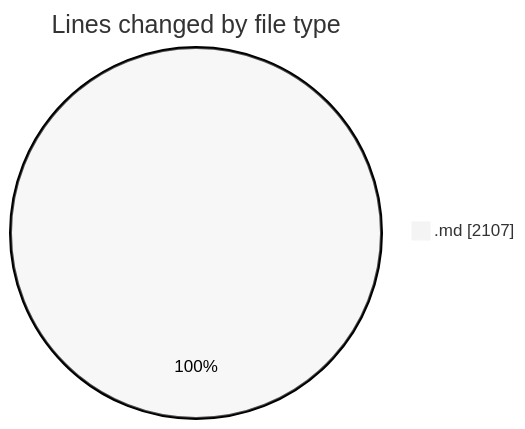
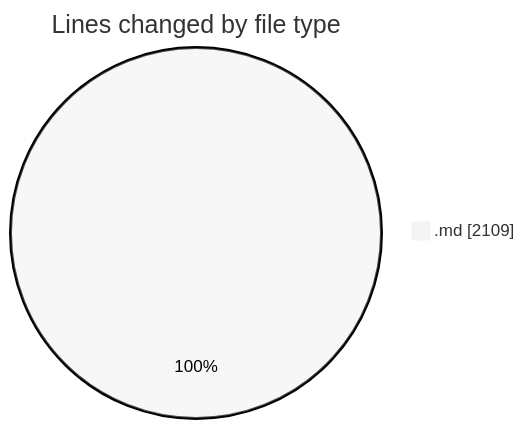
The first of 2 diagrams in 2025-07-07/urlwebwala_intership_work/README.md (Ritupan-Deka/code-tracking), drawn with Mermaid (neutral theme) before and after one commit. The commit also changed other lines of this file and 1 other file, not shown here.

````diff
--- a/2025-07-07/urlwebwala_intership_work/README.md
+++ b/2025-07-07/urlwebwala_intership_work/README.md
@@ -22,5 +22,5 @@
 ```mermaid
 pie showData
 title Lines changed by file type
-".md" : 2107
+".md" : 2109
 ```
````
